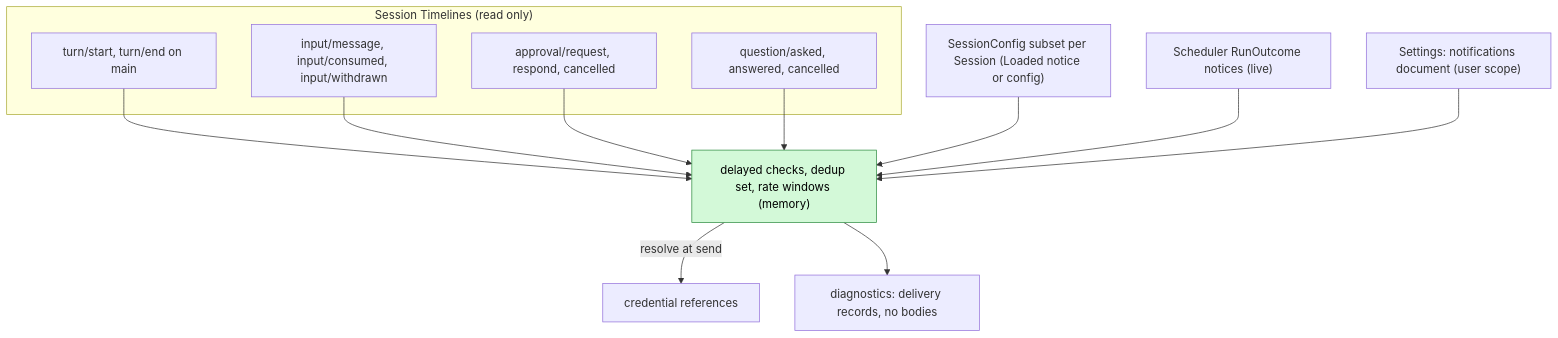
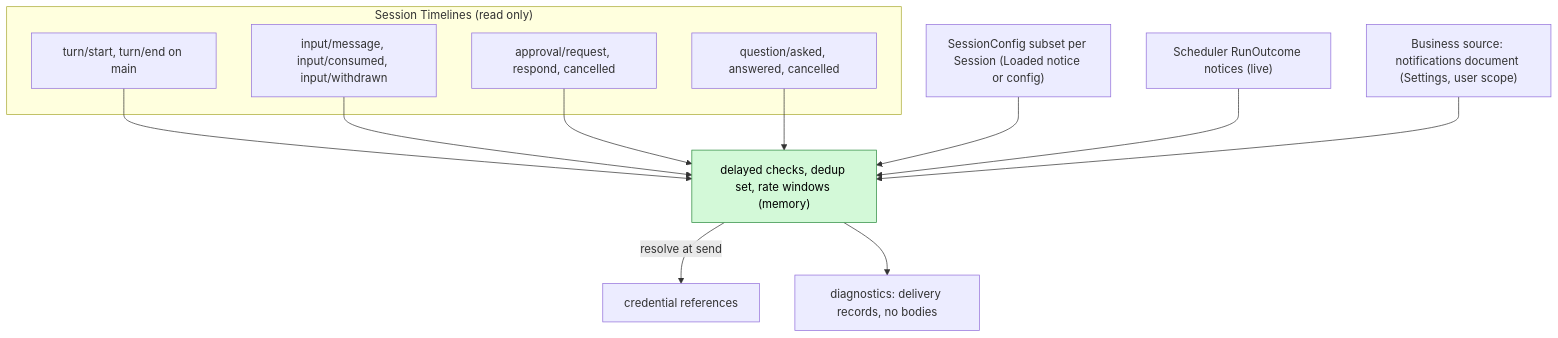
One commit to CoutinhoTTS/dim-agent changed the second of 6 diagrams in docs/design/plugins/Notifications.md. Above: the diagram before and after it, drawn with Mermaid. The commit also changed other lines of this file and 3 other files, not shown here.

````diff
--- a/docs/design/plugins/Notifications.md
+++ b/docs/design/plugins/Notifications.md
@@ -46,25 +46,25 @@
 ```mermaid
 flowchart TB
   subgraph TL["Session Timelines (read only)"]
     TE["turn/start, turn/end on main"]
     IN["input/message, input/consumed, input/withdrawn"]
     AP["approval/request, respond, cancelled"]
     QU["question/asked, answered, cancelled"]
   end
   FACTS["SessionConfig subset per Session (Loaded notice or config)"]
   RO["Scheduler RunOutcome notices (live)"]
-  CFG["Settings: notifications document (user scope)"]
+  CFG["Business source: notifications document (Settings, user scope)"]
   CRED["credential references"]
   MEM["delayed checks, dedup set, rate windows (memory)"]:::new
   DIAG["diagnostics: delivery records, no bodies"]
   TE --> MEM
   IN --> MEM
   AP --> MEM
   QU --> MEM
   FACTS --> MEM
   RO --> MEM
   CFG --> MEM
   MEM -->|"resolve at send"| CRED
   MEM --> DIAG
   classDef new fill:#d3f9d8,stroke:#2b8a3e,color:#000
 ```
````
